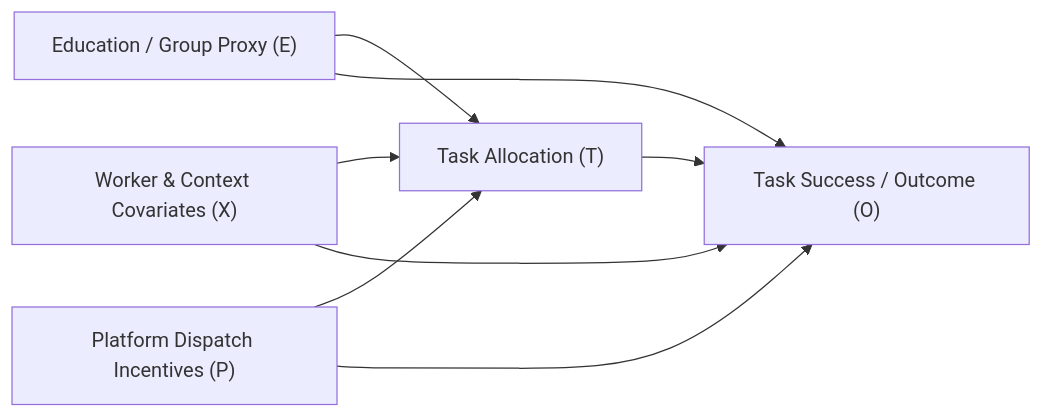
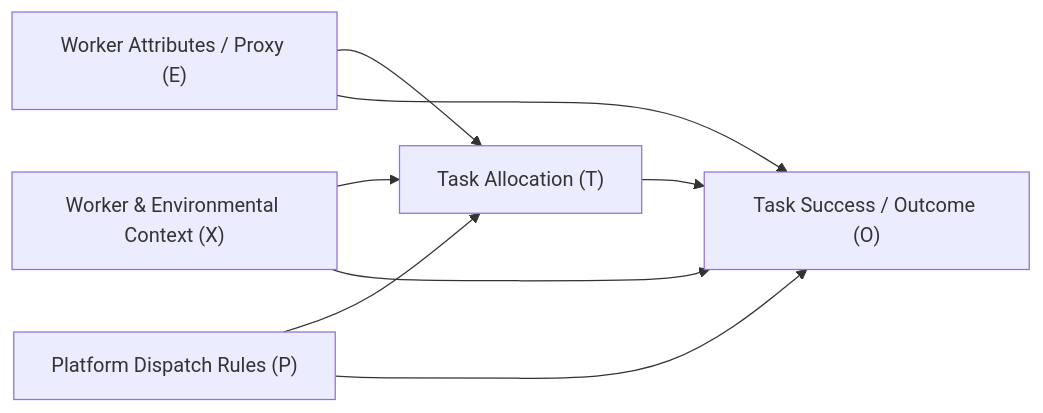
The diagram in docs/CAUSAL_ASSUMPTIONS.md (VaradaGovind/algorithmic-fairness-analysis), drawn with Mermaid before and after one commit. The commit also changed other lines of this file and 14 other files, not shown here.

````diff
--- a/docs/CAUSAL_ASSUMPTIONS.md
+++ b/docs/CAUSAL_ASSUMPTIONS.md
@@ -7,10 +9,10 @@
 ```mermaid
 graph LR
-    E["Education / Group Proxy (E)"] --> T["Task Allocation (T)"]
+    E["Worker Attributes / Proxy (E)"] --> T["Task Allocation (T)"]
     E --> O["Task Success / Outcome (O)"]
-    X["Worker & Context Covariates (X)"] --> T
+    X["Worker & Environmental Context (X)"] --> T
     X --> O
-    P["Platform Dispatch Incentives (P)"] --> T
+    P["Platform Dispatch Rules (P)"] --> T
     P --> O
     T --> O
 ```
````
